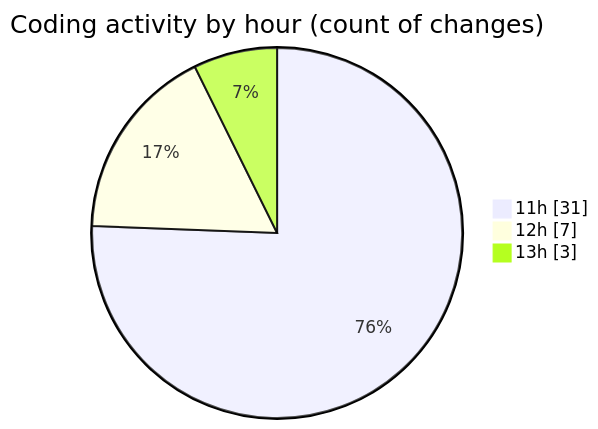
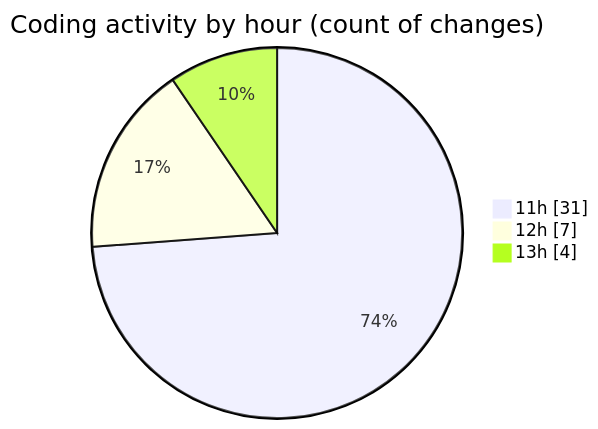
Before and after one commit to nxtqubesakshisongat/code-tracking: the second of 2 diagrams in 2025-07-23/nxtqube_webapp/README.md, drawn with Mermaid. The commit also changed other lines of this file and 1 other file, not shown here.

````diff
--- a/2025-07-23/nxtqube_webapp/README.md
+++ b/2025-07-23/nxtqube_webapp/README.md
@@ -30,7 +31,7 @@
 ```mermaid
 pie showData
 title Coding activity by hour (count of changes)
 "11h" : 31
 "12h" : 7
-"13h" : 3
+"13h" : 4
 ```
````
